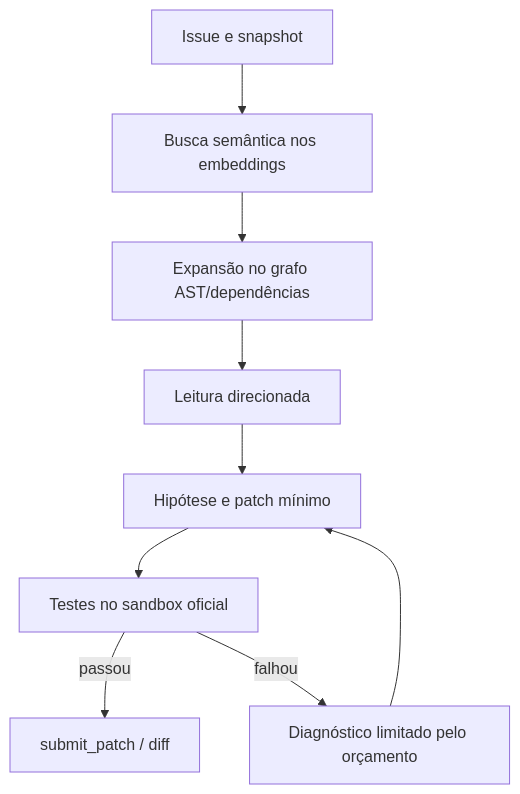
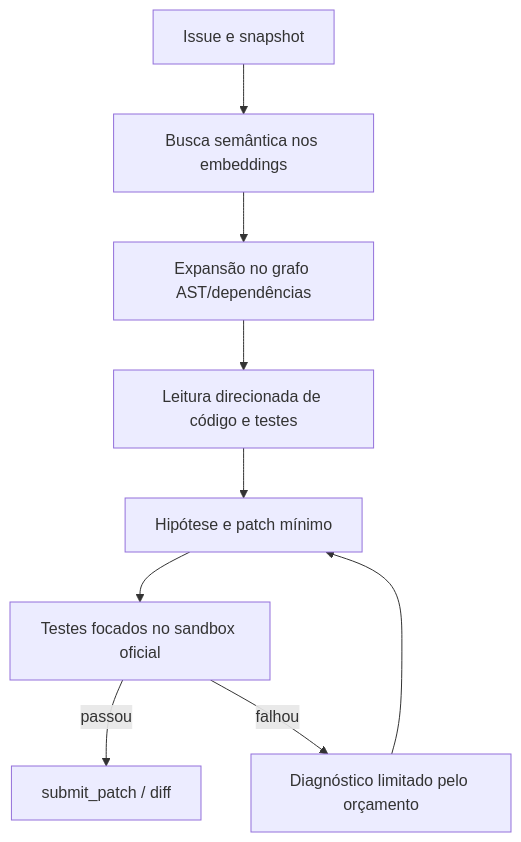
Before and after one commit to Santosdevbjj/gemma4-autonomous-software-engineering-agent: the diagram in README.md, drawn with Mermaid. The commit also changed other lines of this file, not shown here.

````diff
--- a/README.md
+++ b/README.md
@@ -25,11 +59,11 @@
 ```mermaid
 flowchart TD
   A[Issue e snapshot] --> B[Busca semântica nos embeddings]
   B --> C[Expansão no grafo AST/dependências]
-  C --> D[Leitura direcionada]
+  C --> D[Leitura direcionada de código e testes]
   D --> E[Hipótese e patch mínimo]
-  E --> F[Testes no sandbox oficial]
+  E --> F[Testes focados no sandbox oficial]
   F -->|passou| G[submit_patch / diff]
   F -->|falhou| H[Diagnóstico limitado pelo orçamento]
   H --> E
 ```
````
